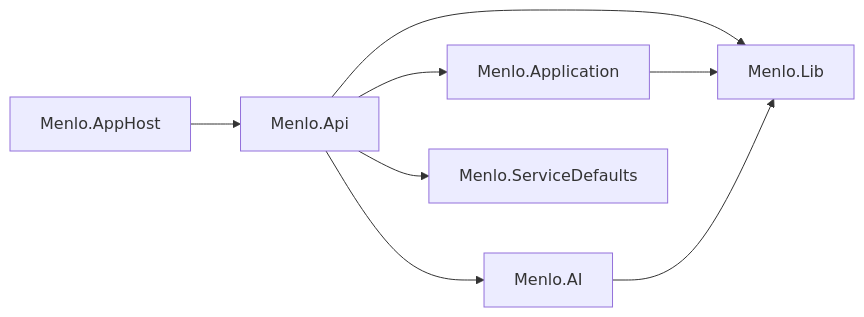
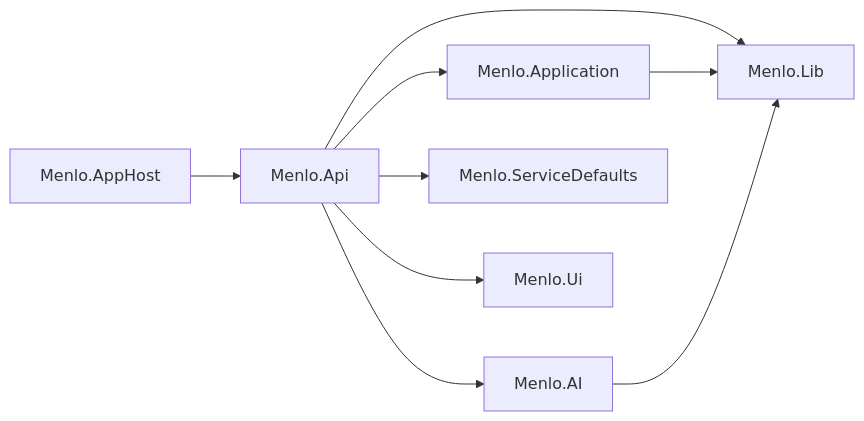
Before and after one commit to DigiBanks99/menlo: the diagram in docs/reference/repo-structure.md, drawn with Mermaid. The commit also changed other lines of this file and 17 other files, not shown here.

````diff
--- a/docs/reference/repo-structure.md
+++ b/docs/reference/repo-structure.md
@@ -24,10 +24,11 @@
 ```mermaid
 flowchart LR
     AppHost[Menlo.AppHost] --> Api[Menlo.Api]
     Api --> Application[Menlo.Application]
     Api --> AI[Menlo.AI]
     Api --> Lib[Menlo.Lib]
     Api --> Defaults[Menlo.ServiceDefaults]
+    Api --> Ui[Menlo.Ui]
     Application --> Lib
     AI --> Lib
 ```
````
